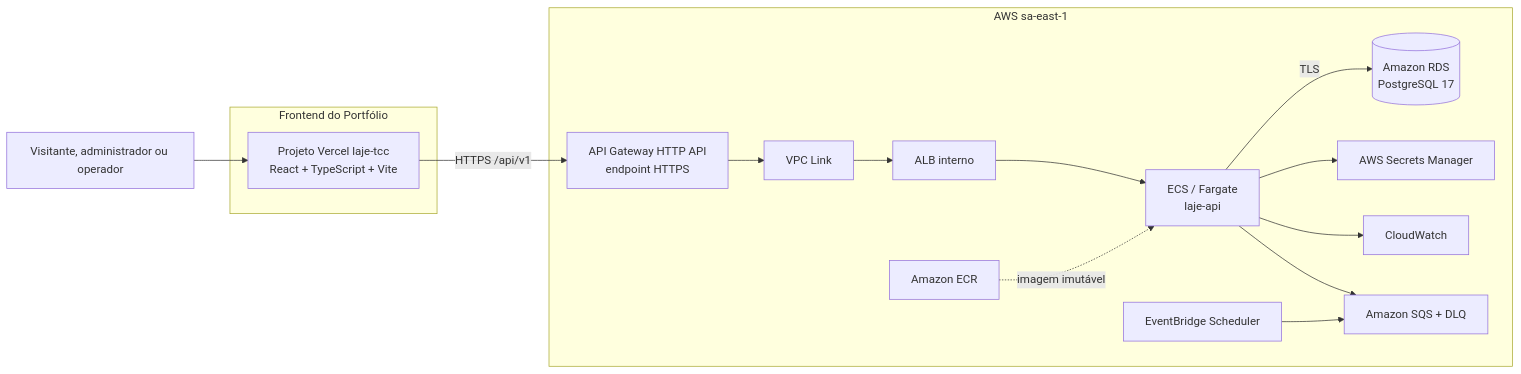
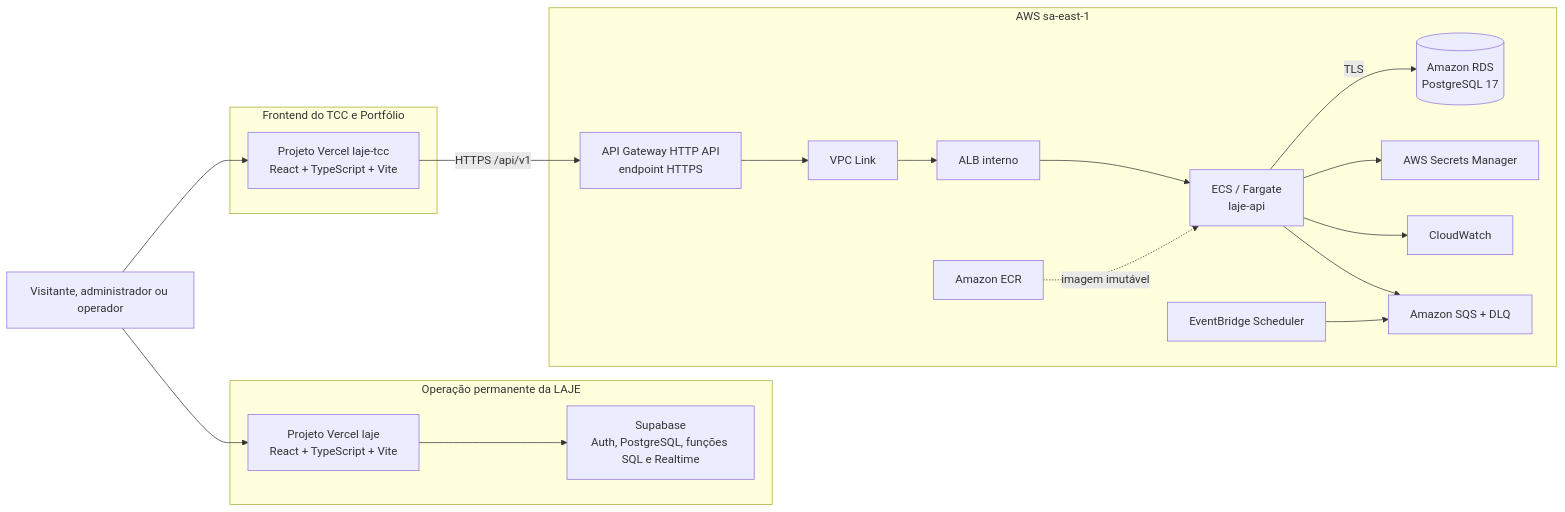
One commit to jaooduartte/laje changed the fifth of 6 diagrams in docs/Documentation_RFC.md. Above: the diagram before and after it, drawn with Mermaid. The commit also changed other lines of this file and 5 other files, not shown here.

````diff
--- a/docs/Documentation_RFC.md
+++ b/docs/Documentation_RFC.md
@@ -661,27 +669,33 @@
 ```mermaid
 flowchart LR
-  USER[Visitante, administrador ou operador] --> WEB
-  subgraph VERCEL[Frontend do Portfólio]
-    WEB[Projeto Vercel laje-tcc\nReact + TypeScript + Vite]
+  USER[Visitante, administrador ou operador] --> WEB_LAJE
+  USER --> WEB_TCC
+  subgraph PERMANENTE[Operação permanente da LAJE]
+    WEB_LAJE[Projeto Vercel laje\nReact + TypeScript + Vite]
+    SUPABASE[Supabase\nAuth, PostgreSQL, funções SQL e Realtime]
+    WEB_LAJE --> SUPABASE
+  end
+  subgraph VERCEL[Frontend do TCC e Portfólio]
+    WEB_TCC[Projeto Vercel laje-tcc\nReact + TypeScript + Vite]
   end
   subgraph AWS[AWS sa-east-1]
     APIGW[API Gateway HTTP API\nendpoint HTTPS]
     VPCLINK[VPC Link]
     ALB[ALB interno]
     ECS[ECS / Fargate\nlaje-api]
     RDS[(Amazon RDS\nPostgreSQL 17)]
     ECR[Amazon ECR]
     SECRETS[AWS Secrets Manager]
     CW[CloudWatch]
     SQS[Amazon SQS + DLQ]
     SCHEDULER[EventBridge Scheduler]
   end
-  WEB -->|HTTPS /api/v1| APIGW
+  WEB_TCC -->|HTTPS /api/v1| APIGW
   APIGW --> VPCLINK --> ALB --> ECS
   ECS -->|TLS| RDS
   ECS --> SECRETS
   ECS --> CW
   ECR -. imagem imutável .-> ECS
   ECS --> SQS
   SCHEDULER --> SQS
 ```
````
